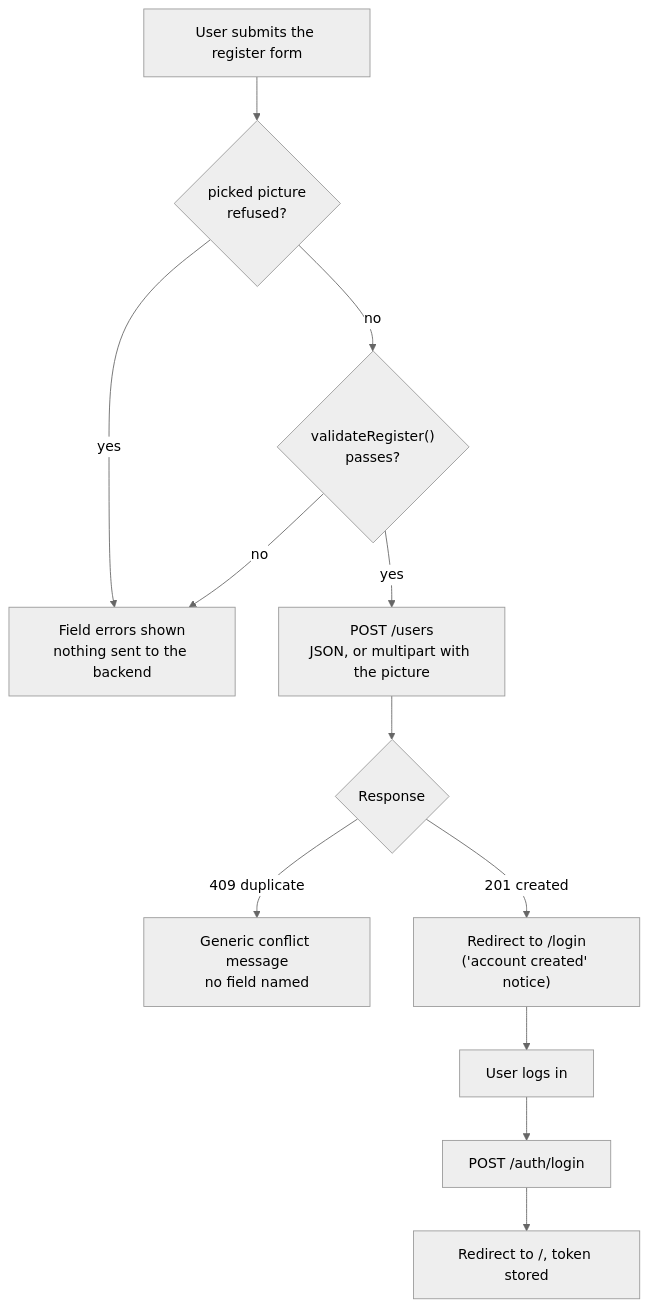
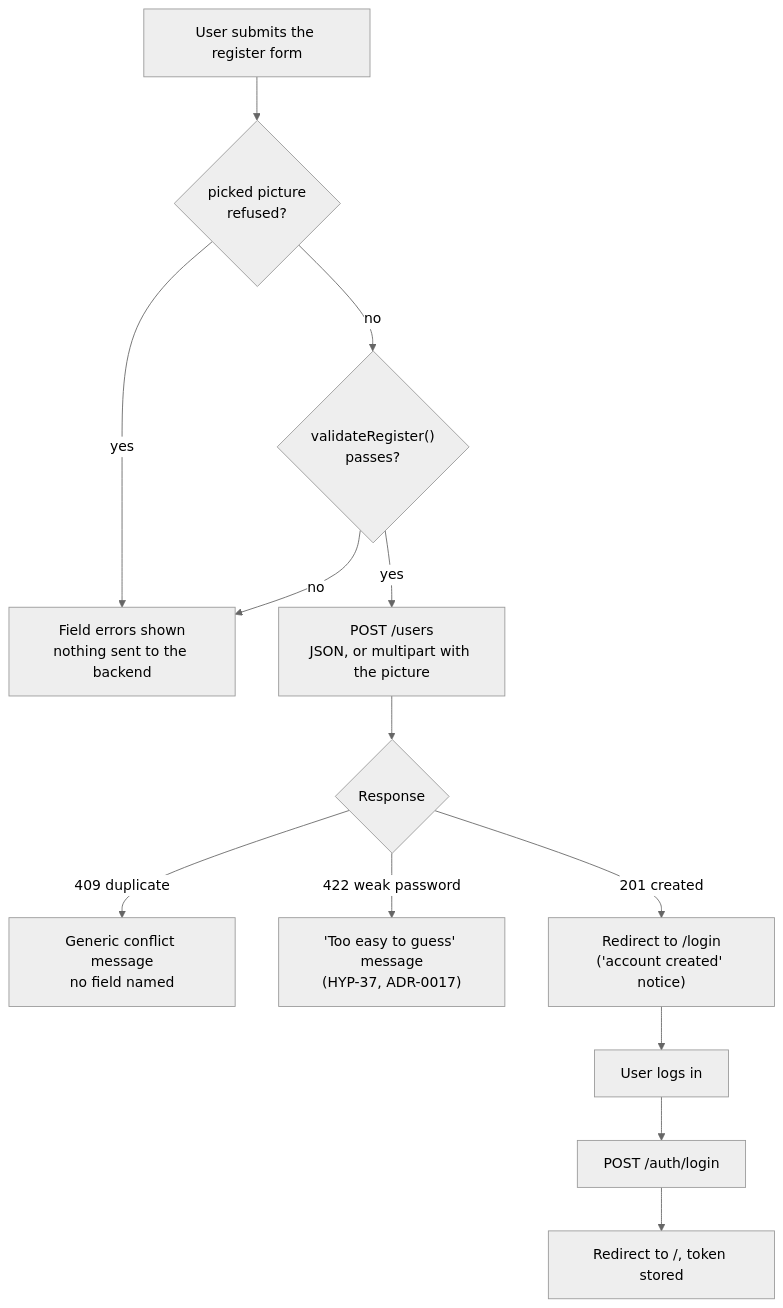
One commit to kidp8479/42_hypertube changed the third of 16 diagrams in docs/diagrams/auth.md. Above: the diagram before and after it, drawn with Mermaid (neutral theme). The commit also changed other lines of this file and 4 other files, not shown here.

Commit message:
docs(HYP-37): ADR-0017 on password strength, defense docs

````diff
--- a/docs/diagrams/auth.md
+++ b/docs/diagrams/auth.md
@@ -90,14 +90,15 @@
 ```mermaid
 flowchart TD
     A["User submits the register form"] --> P{"picked picture<br/>refused?"}
     P -- yes --> C
     P -- no --> B{"validateRegister()<br/>passes?"}
     B -- no --> C["Field errors shown<br/>nothing sent to the backend"]
     B -- yes --> D["POST /users<br/>JSON, or multipart with the picture"]
     D --> E{Response}
     E -- "409 duplicate" --> F["Generic conflict message<br/>no field named"]
+    E -- "422 weak password" --> W["'Too easy to guess' message<br/>(HYP-37, ADR-0017)"]
     E -- "201 created" --> G["Redirect to /login<br/>('account created' notice)"]
     G --> H["User logs in"]
     H --> I["POST /auth/login"]
     I --> J["Redirect to /, token stored"]
 ```
````
